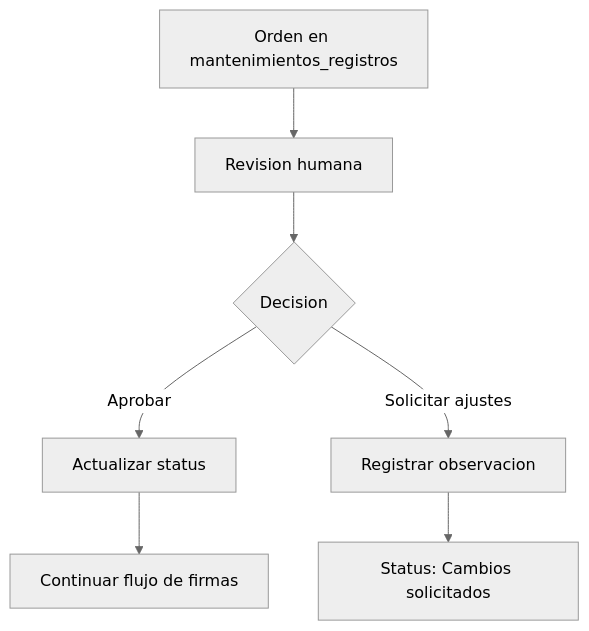
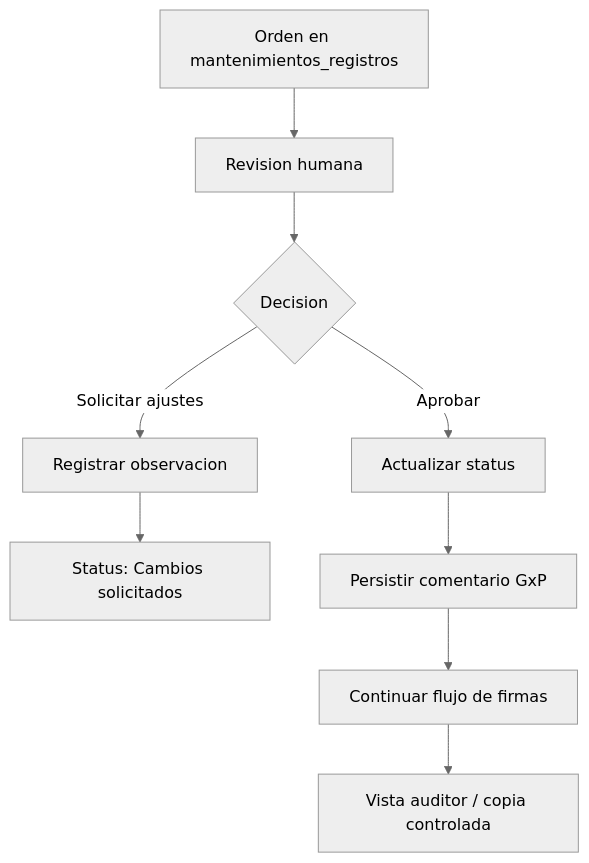
The diagram in docs/workflow-aprobaciones/README.md (joeonthesound/pharmaops-360), drawn with Mermaid (neutral theme) before and after one commit. The commit also changed other lines of this file and 25 other files, not shown here.

````diff
--- a/docs/workflow-aprobaciones/README.md
+++ b/docs/workflow-aprobaciones/README.md
@@ -16,9 +18,11 @@
 ```mermaid
 flowchart TD
   A[Orden en mantenimientos_registros] --> B[Revision humana]
   B --> C{Decision}
   C -->|Aprobar| D[Actualizar status]
   C -->|Solicitar ajustes| E[Registrar observacion]
   E --> F[Status: Cambios solicitados]
-  D --> G[Continuar flujo de firmas]
+  D --> G[Persistir comentario GxP]
+  G --> H[Continuar flujo de firmas]
+  H --> I[Vista auditor / copia controlada]
 ```
````
